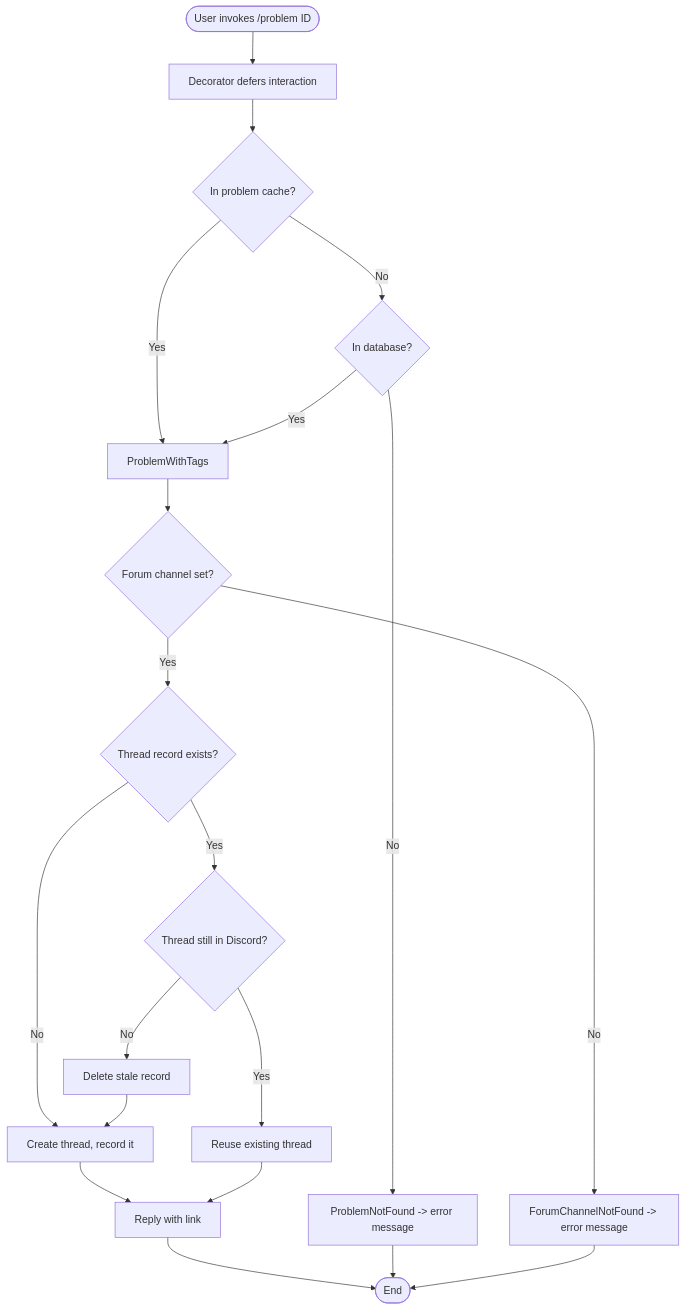
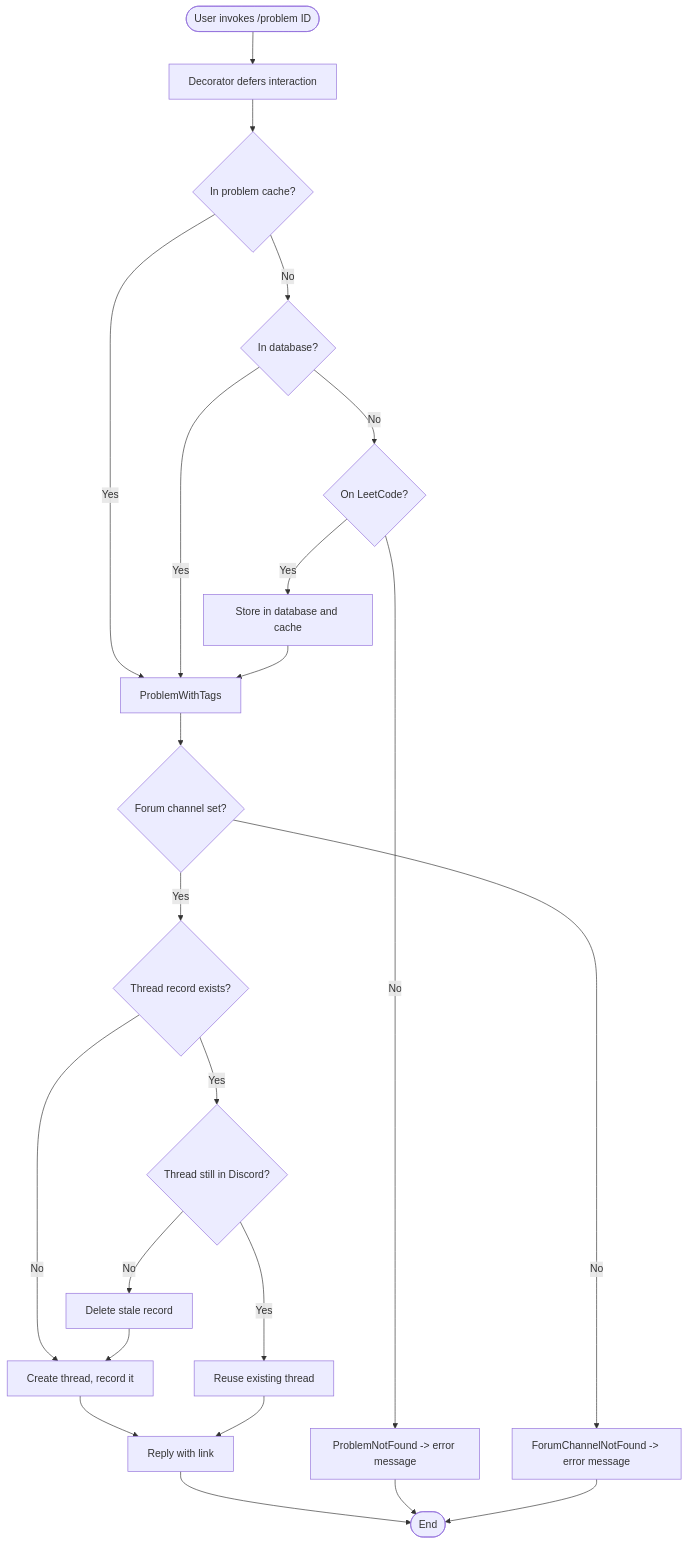
One commit to xDDoubleTea/LeetCodeBot changed the first of 2 diagrams in docs/architecture/main-feature.md. Above: the diagram before and after it, drawn with Mermaid. The commit also changed other lines of this file and 5 other files, not shown here.

Commit message:
feat: fetch a problem from LeetCode on a cache and database miss (#84)

````diff
--- a/docs/architecture/main-feature.md
+++ b/docs/architecture/main-feature.md
@@ -44,25 +45,27 @@
 ```mermaid
 flowchart TD
     Start([User invokes /problem ID]) --> Defer[Decorator defers interaction]
     Defer --> CheckCache{In problem cache?}
 
     CheckCache -- Yes --> Resolved[ProblemWithTags]
     CheckCache -- No --> CheckDB{In database?}
     CheckDB -- Yes --> Resolved
-    CheckDB -- No --> NotFound[ProblemNotFound -> error message]
+    CheckDB -- No --> FetchAPI{On LeetCode?}
+    FetchAPI -- Yes --> Store[Store in database and cache] --> Resolved
+    FetchAPI -- No --> NotFound[ProblemNotFound -> error message]
 
     Resolved --> Forum{Forum channel set?}
     Forum -- No --> NoForum[ForumChannelNotFound -> error message]
     Forum -- Yes --> Existing{Thread record exists?}
 
     Existing -- No --> Create[Create thread, record it]
     Existing -- Yes --> Alive{Thread still in Discord?}
     Alive -- Yes --> Reuse[Reuse existing thread]
     Alive -- No --> Purge[Delete stale record] --> Create
 
     Create --> Confirm[Reply with link]
     Reuse --> Confirm
     Confirm --> End([End])
     NotFound --> End
     NoForum --> End
 ```
````
